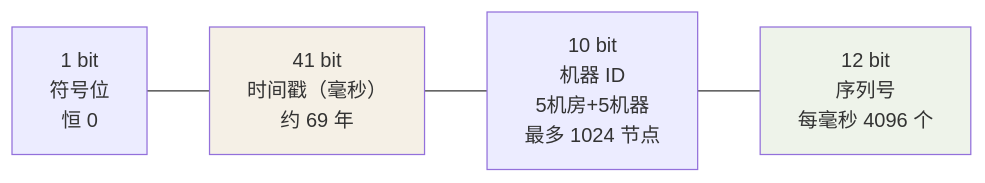
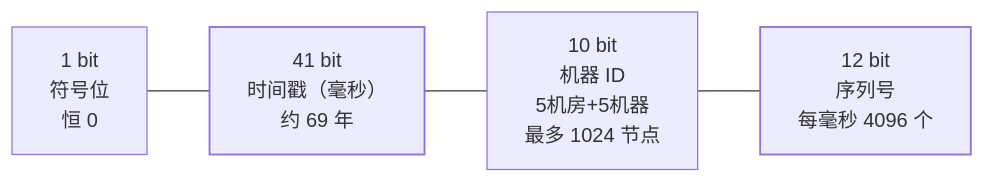
One commit to Loadhao/ascension changed the diagram in src/content/docs/distributed/intermediate/transaction/02-distributed-id.md. Above: the diagram before and after it, drawn with Mermaid. The commit also changed 87 other files, not shown here.

First line of the commit message:
fix: 全站图表配色改由主题接管，修复暗色主题下浅底浅字看不清

````diff
--- a/src/content/docs/distributed/intermediate/transaction/02-distributed-id.md
+++ b/src/content/docs/distributed/intermediate/transaction/02-distributed-id.md
@@ -27,7 +27,9 @@
 ```mermaid
 flowchart LR
     A["1 bit<br/>符号位<br/>恒 0"] --- B["41 bit<br/>时间戳（毫秒）<br/>约 69 年"] --- C["10 bit<br/>机器 ID<br/>5机房+5机器<br/>最多 1024 节点"] --- D["12 bit<br/>序列号<br/>每毫秒 4096 个"]
 
-    style B fill:#f5f0e6
-    style D fill:#eef3ea
+    class B hl
+    class D good
+    classDef hl stroke-width:1.5px
+    classDef good stroke-width:1.5px
 ```
````
